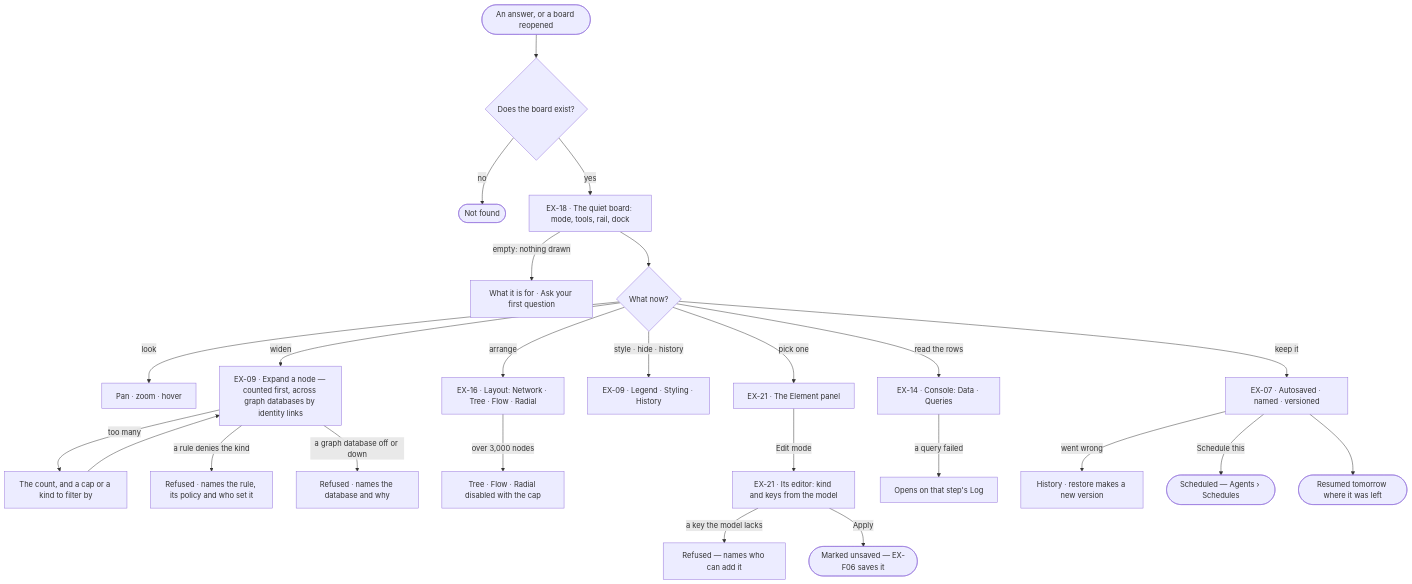
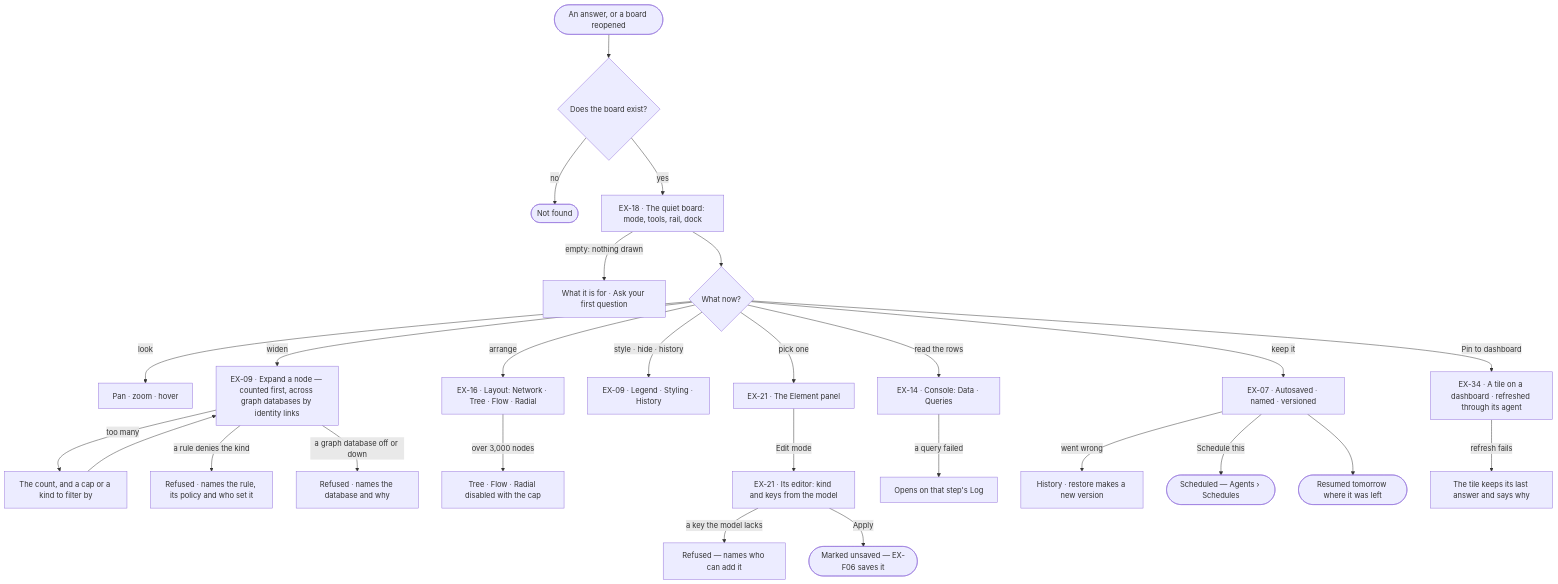
The first of 2 diagrams in specs/capabilities/explore/features/EX-F01-the-board-and-its-canvas/feature.md (invana/invana), drawn with Mermaid before and after one commit. The commit also changed other lines of this file and 11 other files, not shown here.

````diff
--- a/specs/capabilities/explore/features/EX-F01-the-board-and-its-canvas/feature.md
+++ b/specs/capabilities/explore/features/EX-F01-the-board-and-its-canvas/feature.md
@@ -23,26 +23,28 @@
 ```mermaid
 flowchart TD
   start([An answer, or a board reopened]) --> own{"Does the board exist?"}
   own -->|no| nf(["Not found"])
   own -->|yes| b["EX-18 · The quiet board: mode, tools, rail, dock"]
   b -->|empty: nothing drawn| e0["What it is for · Ask your first question"]
   b --> d{What now?}
   d -->|look| look["Pan · zoom · hover"]
   d -->|widen| ex["EX-09 · Expand a node — counted first, across graph databases by identity links"]
   ex -->|too many| cap["The count, and a cap or a kind to filter by"] --> ex
   ex -->|a rule denies the kind| rf["Refused · names the rule, its policy and who set it"]
   ex -->|a graph database off or down| off["Refused · names the database and why"]
   d -->|arrange| lay["EX-16 · Layout: Network · Tree · Flow · Radial"]
   lay -->|over 3,000 nodes| big["Tree · Flow · Radial disabled with the cap"]
   d -->|style · hide · history| tools["EX-09 · Legend · Styling · History"]
   d -->|pick one| el["EX-21 · The Element panel"]
   el -->|Edit mode| edit["EX-21 · Its editor: kind and keys from the model"]
   edit -->|a key the model lacks| kr["Refused — names who can add it"]
   edit -->|Apply| unsaved(["Marked unsaved — EX-F06 saves it"])
   d -->|read the rows| con["EX-14 · Console: Data · Queries"]
   con -->|a query failed| log["Opens on that step's Log"]
   d -->|keep it| keep["EX-07 · Autosaved · named · versioned"]
   keep -->|went wrong| hist["History · restore makes a new version"]
   keep -->|Schedule this| sched(["Scheduled — Agents › Schedules"])
   keep --> done([Resumed tomorrow where it was left])
+  d -->|Pin to dashboard| dash["EX-34 · A tile on a dashboard · refreshed through its agent"]
+  dash -->|refresh fails| stale["The tile keeps its last answer and says why"]
 ```
````
